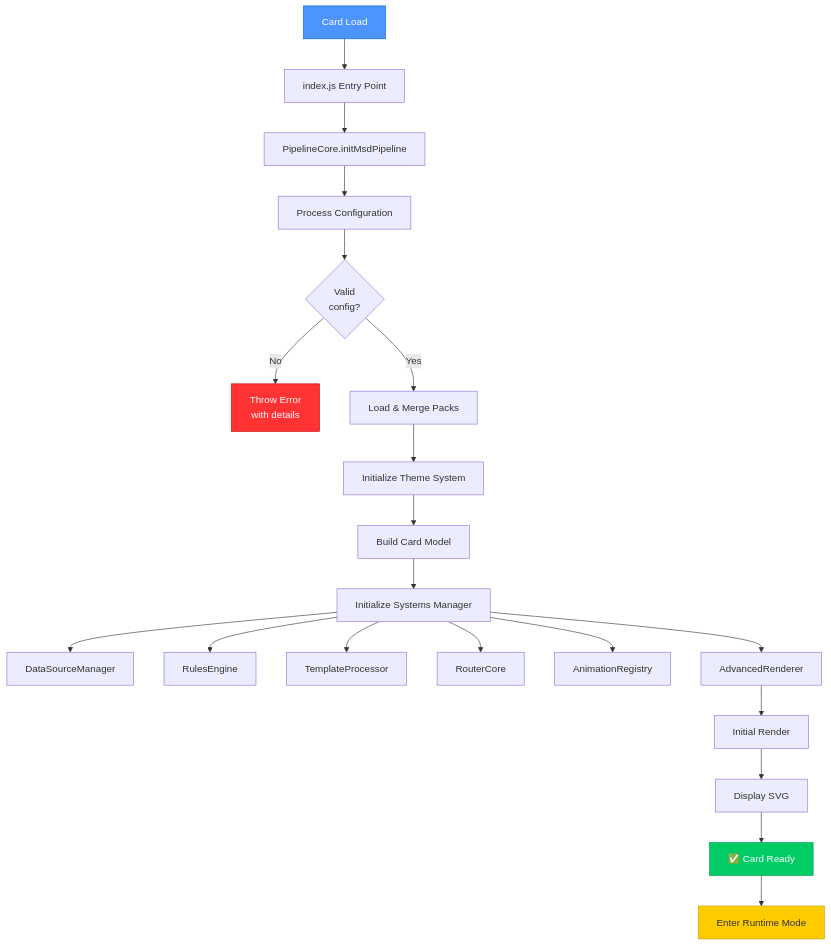
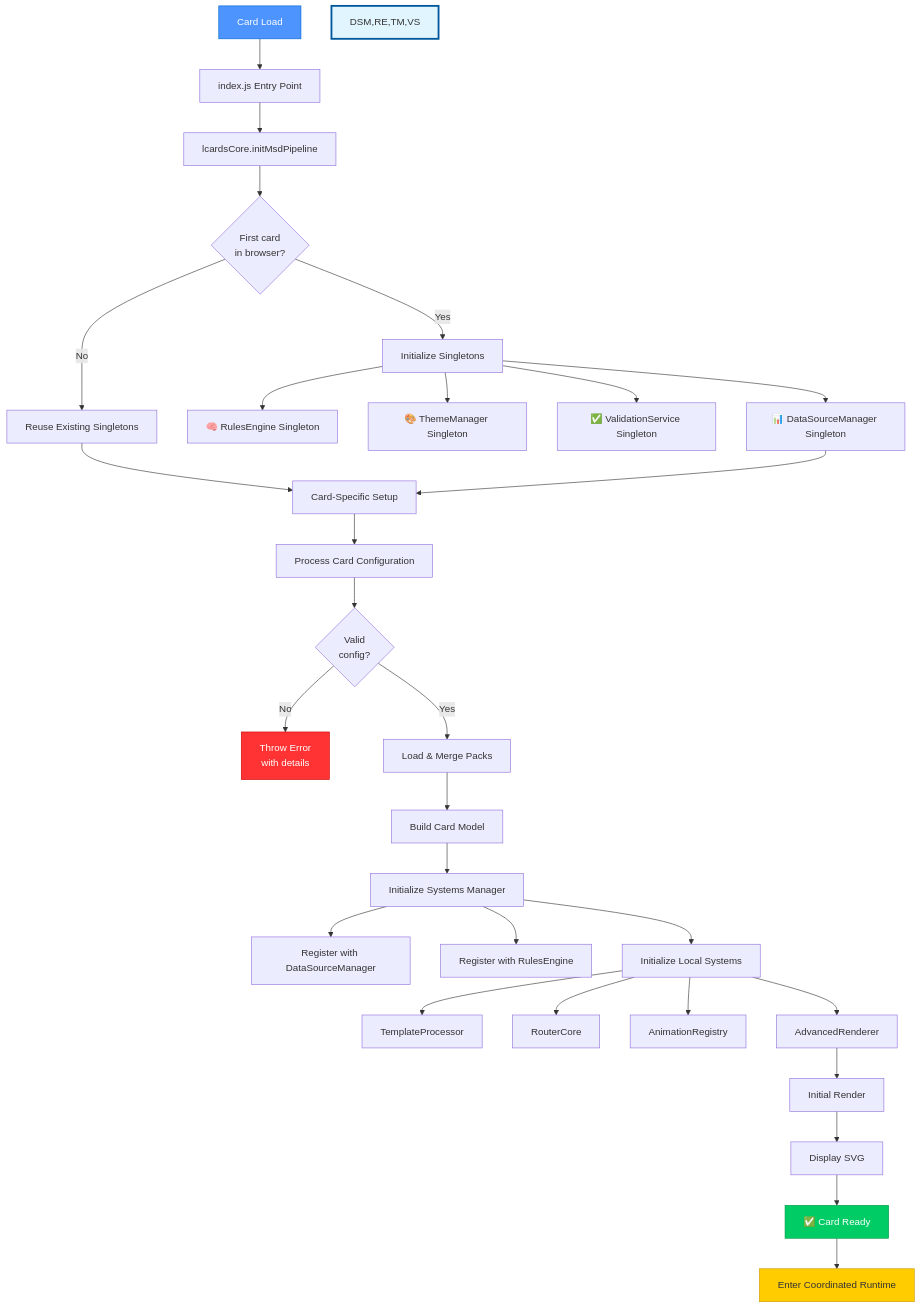
The third of 14 diagrams in doc/architecture/MSD flow.md (solhuebner/lcards), drawn with Mermaid before and after one commit. The commit also changed other lines of this file and 15 other files, not shown here.

First line of the commit message:
feat: Refactor architecture to support singleton systems across LCARdS components

````diff
--- a/doc/architecture/MSD flow.md
+++ b/doc/architecture/MSD flow.md
@@ -149,33 +204,46 @@
 ```mermaid
 graph TD
     Start[Card Load] --> Entry[index.js Entry Point]
+    Entry --> Core[lcardsCore.initMsdPipeline]
 
-    Entry --> Pipeline[PipelineCore.initMsdPipeline]
-    Pipeline --> Config[Process Configuration]
+    Core --> FirstCard{First card<br/>in browser?}
 
+    FirstCard -->|Yes| InitSingletons[Initialize Singletons]
+    InitSingletons --> DSM[📊 DataSourceManager Singleton]
+    InitSingletons --> RE[🧠 RulesEngine Singleton]
+    InitSingletons --> TM[🎨 ThemeManager Singleton]
+    InitSingletons --> VS[✅ ValidationService Singleton]
+
+    FirstCard -->|No| ReuseSingletons[Reuse Existing Singletons]
+    ReuseSingletons --> CardSetup
+    DSM --> CardSetup[Card-Specific Setup]
+
+    CardSetup --> Config[Process Card Configuration]
     Config --> Valid{Valid<br/>config?}
     Valid -->|No| Error[Throw Error<br/>with details]
     Valid -->|Yes| Packs[Load & Merge Packs]
 
-    Packs --> Theme[Initialize Theme System]
-    Theme --> Model[Build Card Model]
+    Packs --> Model[Build Card Model]
     Model --> Systems[Initialize Systems Manager]
 
-    Systems --> DS[DataSourceManager]
-    Systems --> Rules[RulesEngine]
-    Systems --> Template[TemplateProcessor]
-    Systems --> Router[RouterCore]
-    Systems --> Anim[AnimationRegistry]
-    Systems --> Renderer[AdvancedRenderer]
+    Systems --> RegisterDS[Register with DataSourceManager]
+    Systems --> RegisterRE[Register with RulesEngine]
+    Systems --> LocalSystems[Initialize Local Systems]
+
+    LocalSystems --> Template[TemplateProcessor]
+    LocalSystems --> Router[RouterCore]
+    LocalSystems --> Anim[AnimationRegistry]
+    LocalSystems --> Renderer[AdvancedRenderer]
 
     Renderer --> Initial[Initial Render]
     Initial --> Display[Display SVG]
     Display --> Ready[✅ Card Ready]
 
-    Ready --> Runtime[Enter Runtime Mode]
+    Ready --> Runtime[Enter Coordinated Runtime]
 
     style Start fill:#4d94ff,stroke:#0066cc,color:#fff
     style Error fill:#ff3333,stroke:#cc0000,color:#fff
     style Ready fill:#00cc66,stroke:#009944,color:#fff
     style Runtime fill:#ffcc00,stroke:#cc9900
+    style DSM,RE,TM,VS fill:#e1f5fe,stroke:#01579b,stroke-width:3px
 ```
````
